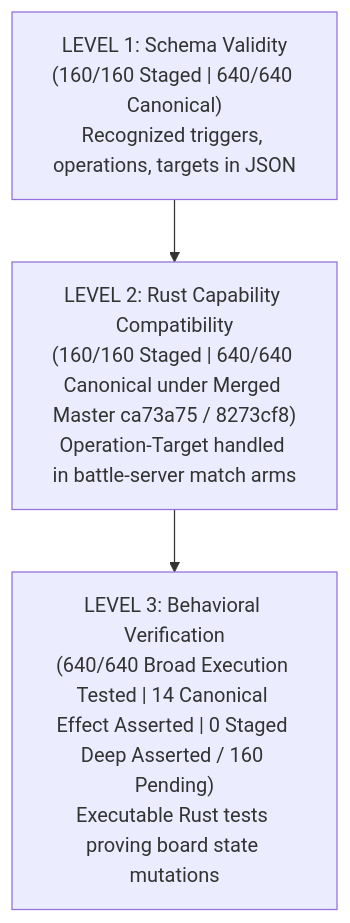
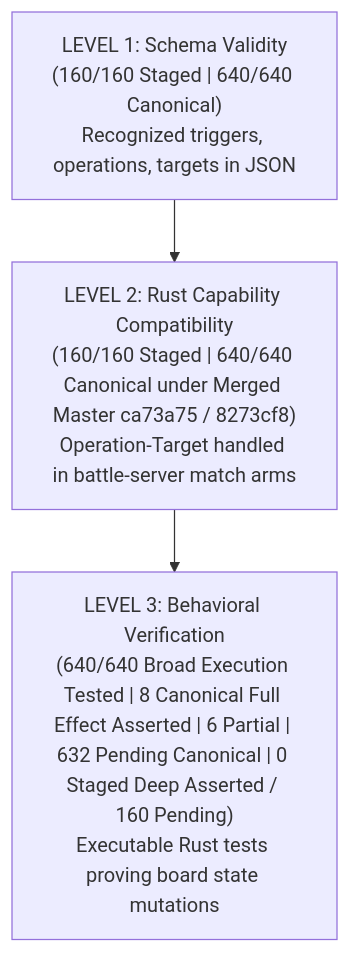
One commit to FrostyTheDevv/hearthglass changed the diagram in docs/production/CARD_640_RECONCILIATION.md. Above: the diagram before and after it, drawn with Mermaid. The commit also changed other lines of this file and 4 other files, not shown here.

Commit message:
feat(cards): enforce multi-effect coverage rule (8 full, 6 partial, 15 excluded) and alias current capability to 160/0 [skip ci]

````diff
--- a/docs/production/CARD_640_RECONCILIATION.md
+++ b/docs/production/CARD_640_RECONCILIATION.md
@@ -100,9 +100,9 @@
 ```mermaid
 flowchart TD
     L1["LEVEL 1: Schema Validity\n(160/160 Staged | 640/640 Canonical)\nRecognized triggers, operations, targets in JSON"]
     L2["LEVEL 2: Rust Capability Compatibility\n(160/160 Staged | 640/640 Canonical under Merged Master ca73a75 / 8273cf8)\nOperation-Target handled in battle-server match arms"]
-    L3["LEVEL 3: Behavioral Verification\n(640/640 Broad Execution Tested | 14 Canonical Effect Asserted | 0 Staged Deep Asserted / 160 Pending)\nExecutable Rust tests proving board state mutations"]
+    L3["LEVEL 3: Behavioral Verification\n(640/640 Broad Execution Tested | 8 Canonical Full Effect Asserted | 6 Partial | 632 Pending Canonical | 0 Staged Deep Asserted / 160 Pending)\nExecutable Rust tests proving board state mutations"]
 
     L1 --> L2
     L2 --> L3
 ```
````
